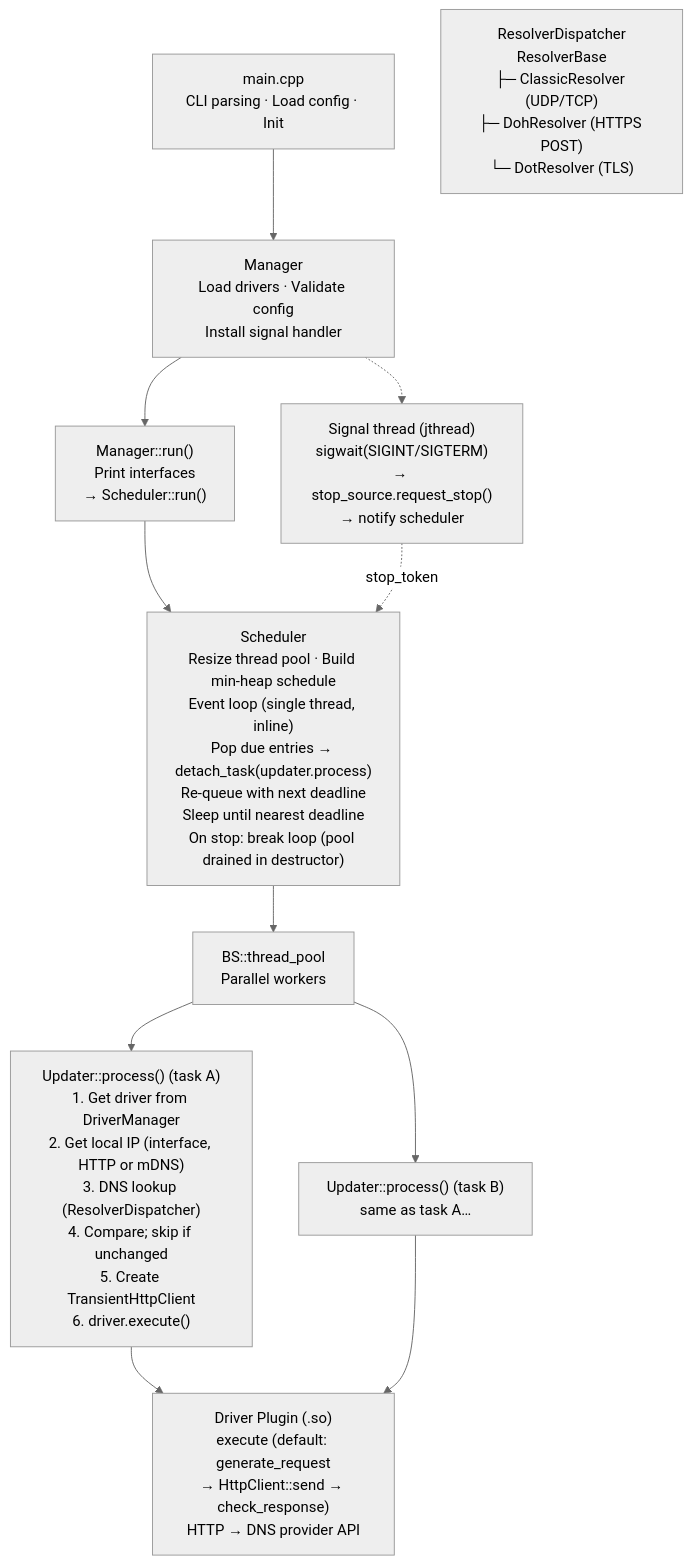
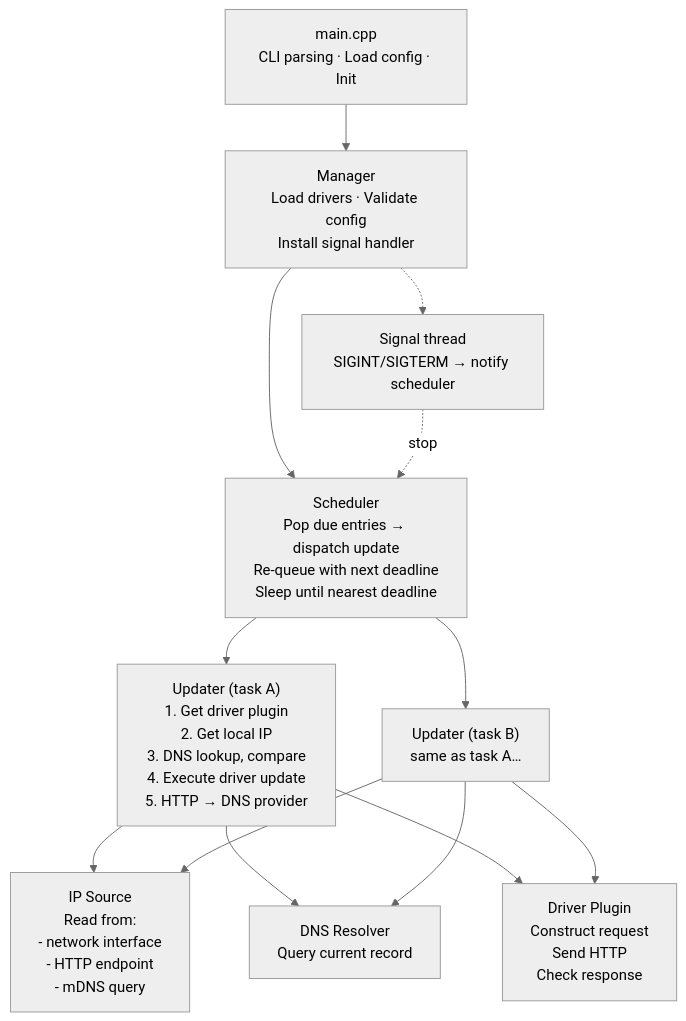
One commit to CyberKoo/yaddnsc changed the diagram in README.md. Above: the diagram before and after it, drawn with Mermaid (neutral theme). The commit also changed other lines of this file and 1 other file, not shown here.

````diff
--- a/README.md
+++ b/README.md
@@ -28,53 +30,46 @@
 ```mermaid
 flowchart TB
     main["main.cpp
 CLI parsing · Load config · Init"]
     mgr["Manager
 Load drivers · Validate config
 Install signal handler"]
-    run["Manager::run()
-Print interfaces
-→ Scheduler::run()"]
     sched["Scheduler
-Resize thread pool · Build min-heap schedule
-Event loop (single thread, inline)
-Pop due entries → detach_task(updater.process)
+Pop due entries → dispatch update
 Re-queue with next deadline
-Sleep until nearest deadline
-On stop: break loop (pool drained in destructor)"]
-    signal["Signal thread (jthread)
-sigwait(SIGINT/SIGTERM)
-→ stop_source.request_stop()
-→ notify scheduler"]
-    pool["BS::thread_pool
-Parallel workers"]
-    updaterA["Updater::process() (task A)
-1. Get driver from DriverManager
-2. Get local IP (interface, HTTP or mDNS)
-3. DNS lookup (ResolverDispatcher)
-4. Compare; skip if unchanged
-5. Create TransientHttpClient
-6. driver.execute()"]
-    updaterB["Updater::process() (task B)
+Sleep until nearest deadline"]
+    signal["Signal thread
+SIGINT/SIGTERM → notify scheduler"]
+    updaterA["Updater (task A)
+1. Get driver plugin
+2. Get local IP
+3. DNS lookup, compare
+4. Execute driver update
+5. HTTP → DNS provider"]
+    updaterB["Updater (task B)
 same as task A…"]
-    driver["Driver Plugin (.so)
-execute (default: generate_request
-→ HttpClient::send → check_response)
-HTTP → DNS provider API"]
-    dns["ResolverDispatcher
-ResolverBase
-├─ ClassicResolver (UDP/TCP)
-├─ DohResolver (HTTPS POST)
-└─ DotResolver (TLS)"]
+    ip["IP Source
+Read from:
+- network interface
+- HTTP endpoint
+- mDNS query"]
+    dns["DNS Resolver
+Query current record"]
+    driver["Driver Plugin
+Construct request
+Send HTTP
+Check response"]
 
     main --> mgr
-    mgr --> run
-    run --> sched
+    mgr --> sched
     mgr -.-> signal
-    signal -.->|stop_token| sched
-    sched --> pool
-    pool --> updaterA
-    pool --> updaterB
+    signal -.->|stop| sched
+    sched --> updaterA
+    sched --> updaterB
+    updaterA --> ip
+    updaterA --> dns
     updaterA --> driver
+    updaterB --> ip
+    updaterB --> dns
     updaterB --> driver
 ```
````
